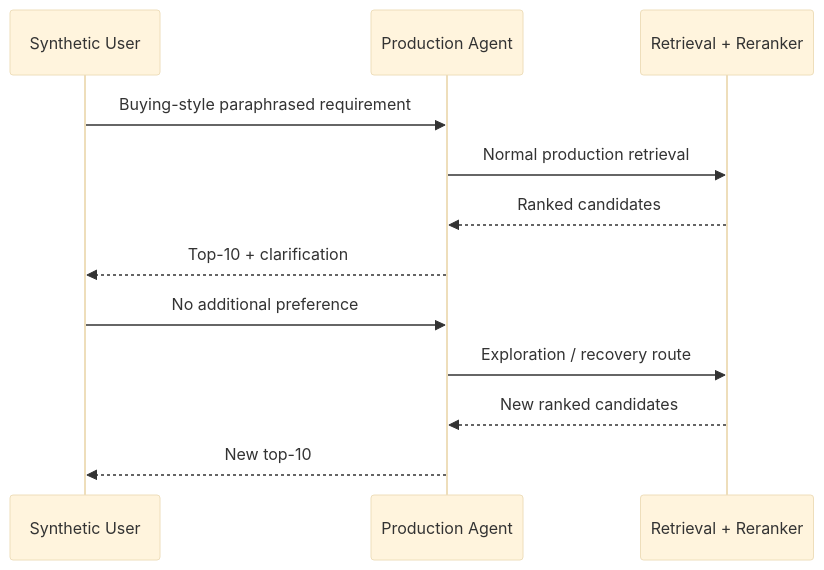
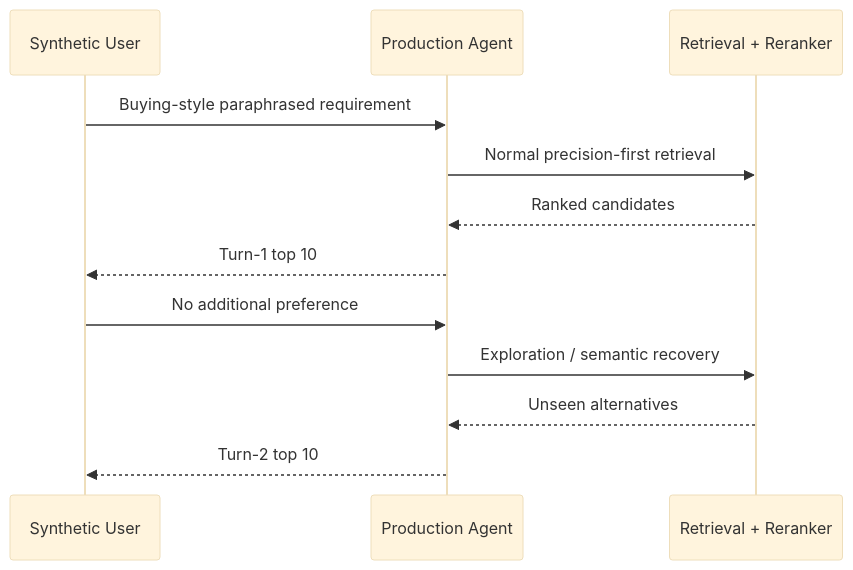
Before and after one commit to rishu1903/larpers-go-shopping: the fifth of 5 diagrams in README.md, drawn with Mermaid (base theme). The commit also changed other lines of this file, not shown here.

Commit message:
docs: document V12 semantic exploration fusion

````diff
--- a/README.md
+++ b/README.md
@@ -437,16 +435,16 @@
 ```mermaid
 sequenceDiagram
     participant U as Synthetic User
     participant A as Production Agent
     participant R as Retrieval + Reranker
 
     U->>A: Buying-style paraphrased requirement
-    A->>R: Normal production retrieval
+    A->>R: Normal precision-first retrieval
     R-->>A: Ranked candidates
-    A-->>U: Top-10 + clarification
+    A-->>U: Turn-1 top 10
 
     U->>A: No additional preference
-    A->>R: Exploration / recovery route
-    R-->>A: New ranked candidates
-    A-->>U: New top-10
+    A->>R: Exploration / semantic recovery
+    R-->>A: Unseen alternatives
+    A-->>U: Turn-2 top 10
 ```
````
